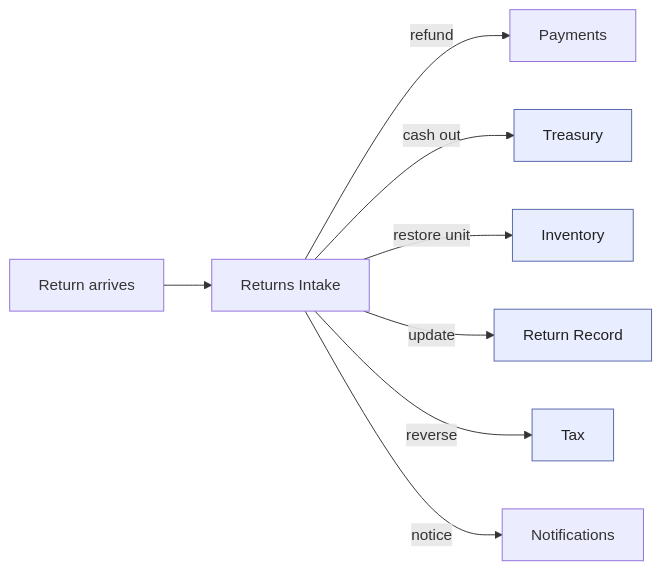
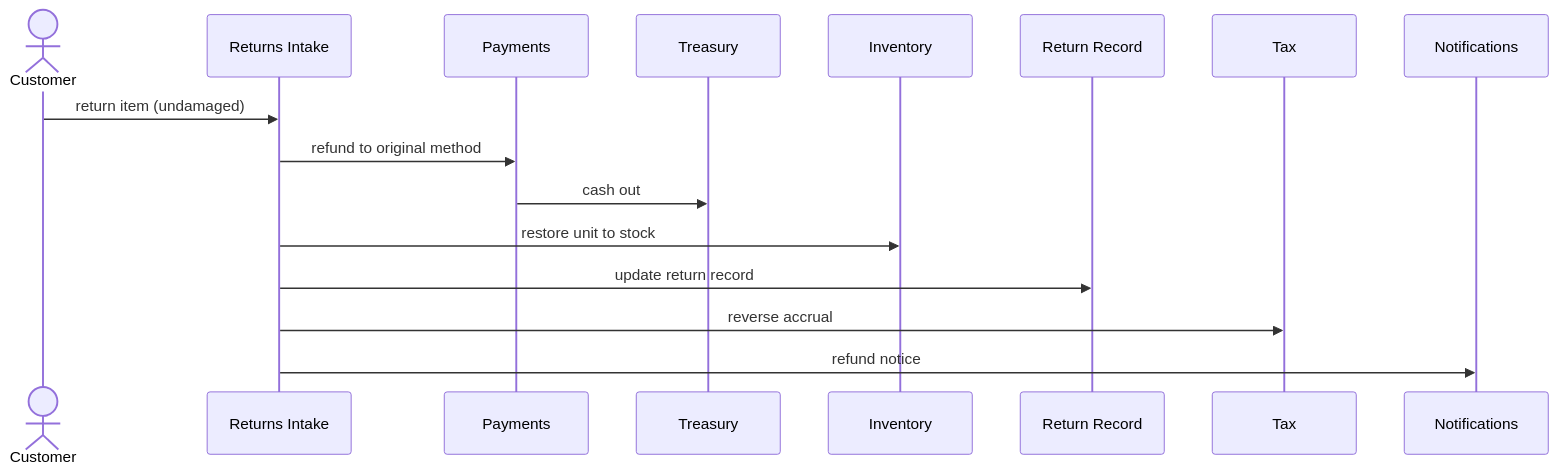
Before and after one commit to asafam/programmable-online-llm-objects: the fifth of 7 diagrams in examples/self-running-storefront.md, drawn with Mermaid. The commit also changed other lines of this file, not shown here.

First line of the commit message:
examples: render storefront object-map as per-stage sequence diagrams

````diff
--- a/examples/self-running-storefront.md
+++ b/examples/self-running-storefront.md
@@ -342,12 +394,18 @@
 ```mermaid
-flowchart LR
-  EV2["Return arrives"] --> RET["Returns Intake"]
-  RET -->|"refund"| PAYMT["Payments"]
-  RET -->|"cash out"| TREAS["Treasury"]
-  RET -->|"restore unit"| INV["Inventory"]
-  RET -->|"update"| RR["Return Record"]
-  RET -->|"reverse"| TAX["Tax"]
-  RET -->|"notice"| NOTIF["Notifications"]
-  classDef st fill:#e8edff,stroke:#5566aa,color:#222;
-  class TREAS,INV,RR,TAX st;
+sequenceDiagram
+  actor Cust as Customer
+  participant RET as Returns Intake
+  participant PAY as Payments
+  participant TRE as Treasury
+  participant INV as Inventory
+  participant RR as Return Record
+  participant TAX as Tax
+  participant NOT as Notifications
+  Cust->>RET: return item (undamaged)
+  RET->>PAY: refund to original method
+  PAY->>TRE: cash out
+  RET->>INV: restore unit to stock
+  RET->>RR: update return record
+  RET->>TAX: reverse accrual
+  RET->>NOT: refund notice
 ```
````
